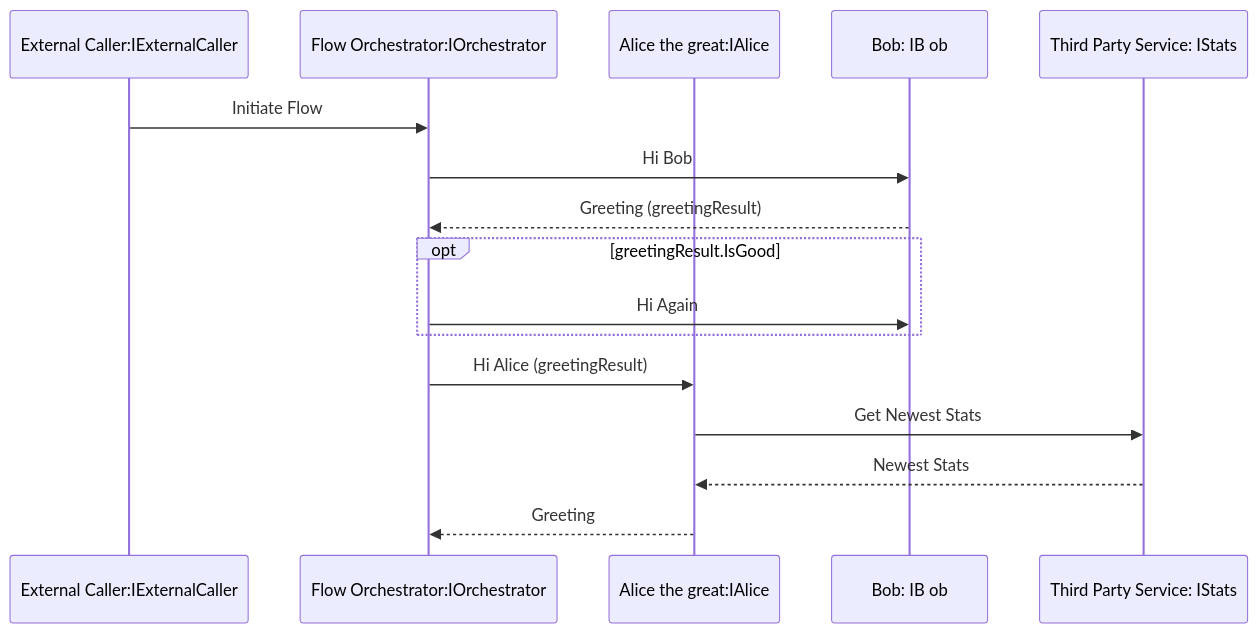
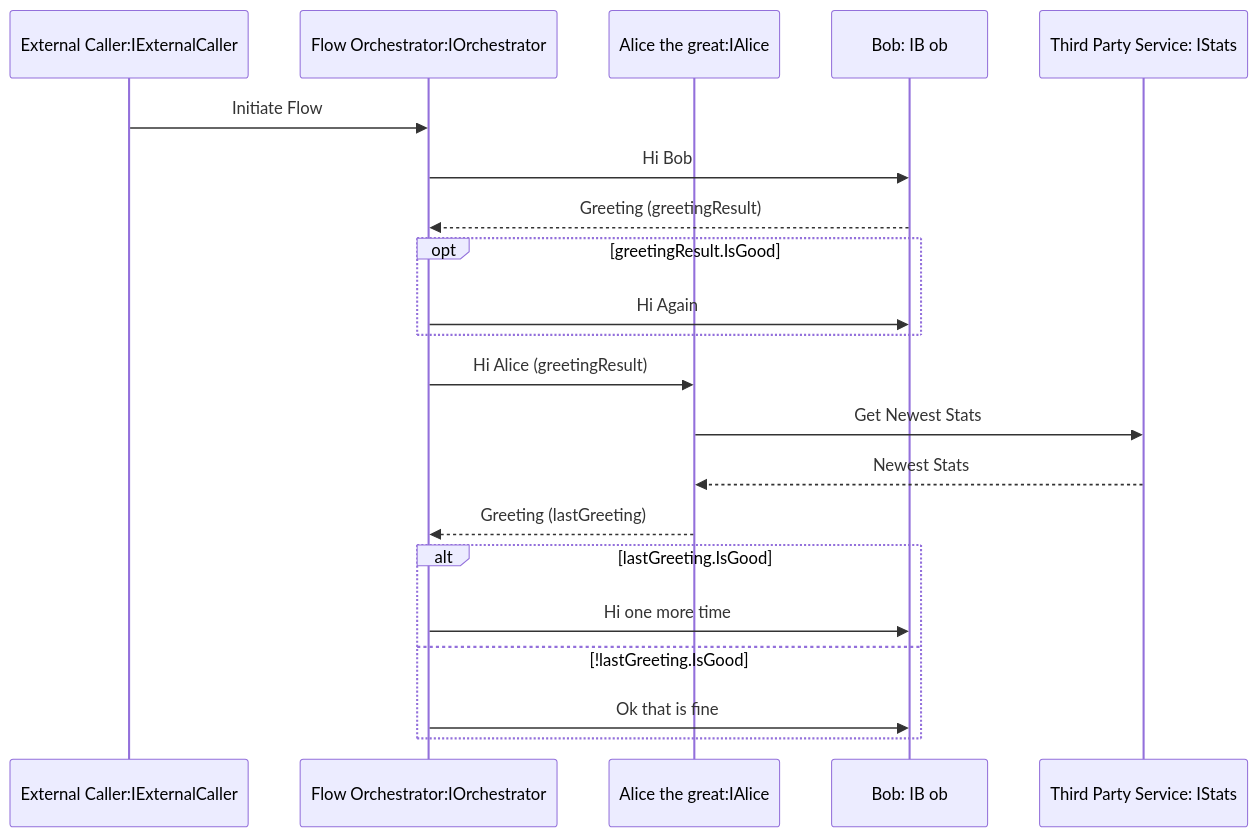
Before and after one commit to TheJuanitoLearnsShow/PuppyGeneratorFromDiagrams: the diagram in src/SequenceSourceGenerator/Puppy.SequenceSourceGenerator/Puppy.SequenceSourceGenerator.Tests/sample-flow.md, drawn with Mermaid. The commit also changed 3 other files, not shown here.

````diff
--- a/src/SequenceSourceGenerator/Puppy.SequenceSourceGenerator/Puppy.SequenceSourceGenerator.Tests/sample-flow.md
+++ b/src/SequenceSourceGenerator/Puppy.SequenceSourceGenerator/Puppy.SequenceSourceGenerator.Tests/sample-flow.md
@@ -2,18 +2,23 @@
 ```mermaid
 sequenceDiagram
     participant api as External Caller:IExternalCaller
     participant o as Flow Orchestrator:IOrchestrator
     participant a as Alice the great:IAlice
     participant b as Bob: IB ob
     participant t as Third Party Service: IStats
     api->>o: Initiate Flow
     o->>b: Hi Bob
     b-->>o: Greeting (greetingResult)
     opt greetingResult.IsGood
         o->>b: Hi Again
     end
     o->>a: Hi Alice (greetingResult)
     a->>t: Get Newest Stats
     t-->>a: Newest Stats
-    a-->>o: Greeting
+    a-->>o: Greeting (lastGreeting)
+    alt lastGreeting.IsGood
+        o->>b: Hi one more time
+    else !lastGreeting.IsGood
+        o->>b: Ok that is fine
+    end
 ```
````
